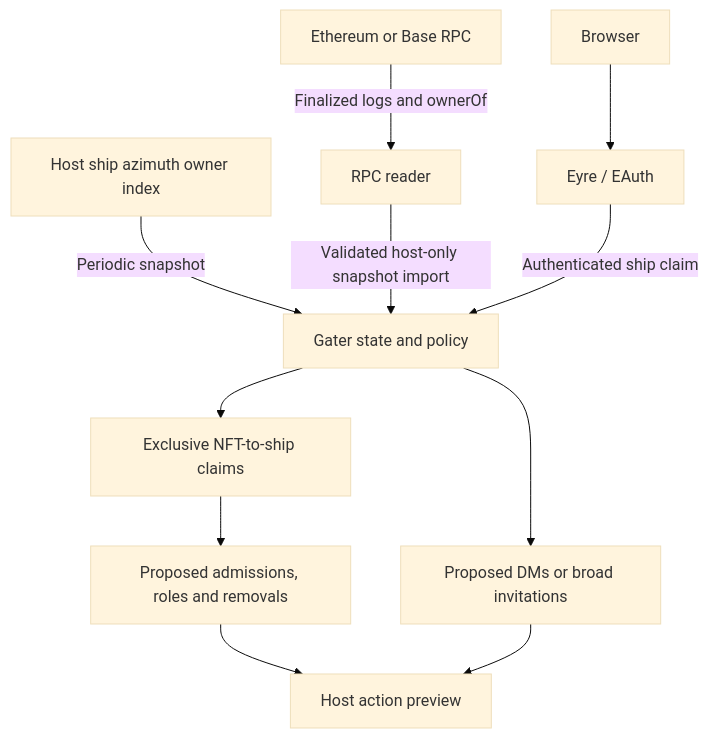
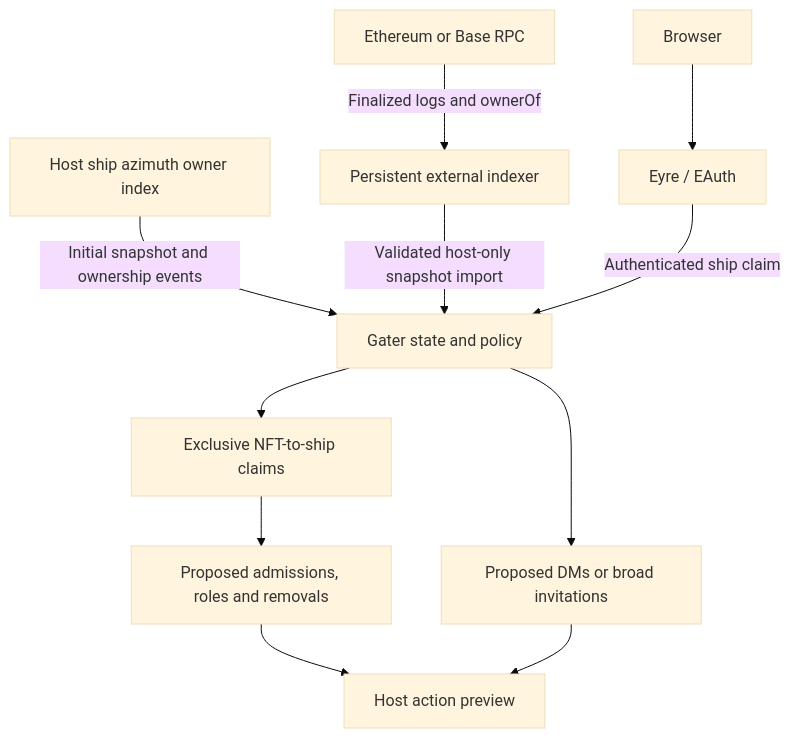
The diagram in docs/architecture.md (thelifeandtimes/gater), drawn with Mermaid (base theme) before and after one commit. The commit also changed other lines of this file and 26 other files, not shown here.

Commit message:
Add persistent ownership indexing and verify native sources and EAuth

````diff
--- a/docs/architecture.md
+++ b/docs/architecture.md
@@ -5,13 +5,13 @@
 ```mermaid
 flowchart TD
-    A[Host ship azimuth owner index] -->|Periodic snapshot| G[Gater state and policy]
-    R[Ethereum or Base RPC] -->|Finalized logs and ownerOf| S[RPC reader]
+    A[Host ship azimuth owner index] -->|Initial snapshot and ownership events| G[Gater state and policy]
+    R[Ethereum or Base RPC] -->|Finalized logs and ownerOf| S[Persistent external indexer]
     S -->|Validated host-only snapshot import| G
     B[Browser] --> E[Eyre / EAuth]
     E -->|Authenticated ship claim| G
     G --> C[Exclusive NFT-to-ship claims]
     C --> P[Proposed admissions, roles and removals]
     G --> O[Proposed DMs or broad invitations]
     P --> V[Host action preview]
     O --> V
 ```
````
